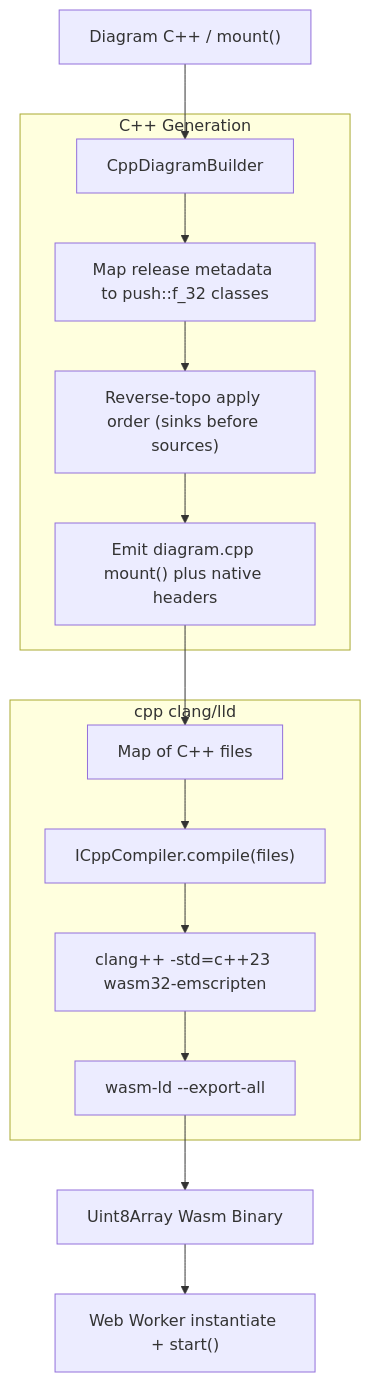
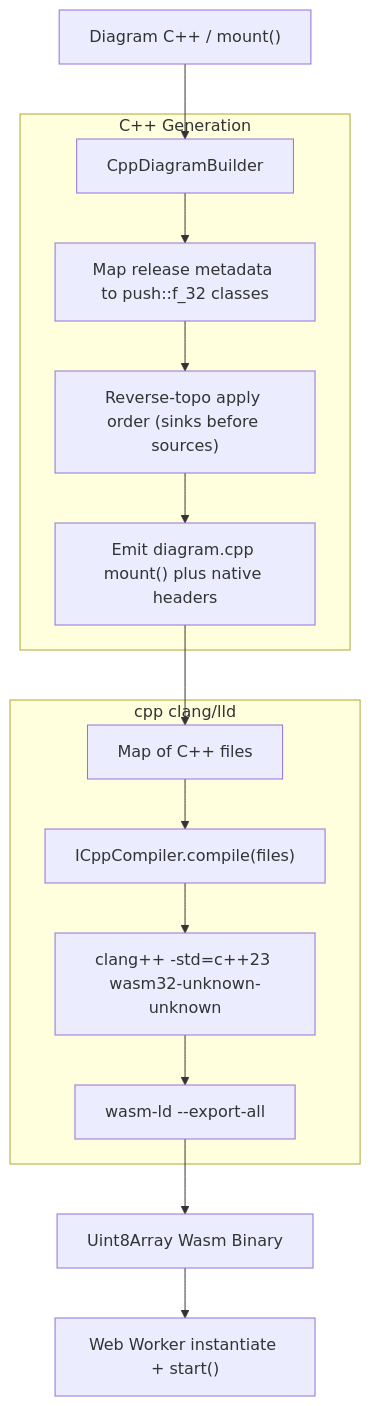
Before and after one commit to dzmauchy/bld: the second of 4 diagrams in README.md, drawn with Mermaid. The commit also changed other lines of this file and 8 other files, not shown here.

````diff
--- a/README.md
+++ b/README.md
@@ -162,21 +162,21 @@
 ```mermaid
 flowchart TD
     A["Diagram C++ / mount()"] --> B["CppDiagramBuilder"]
     
     subgraph Emit["C++ Generation"]
         B --> B1["Map release metadata to push::f_32 classes"]
         B1 --> B2["Reverse-topo apply order (sinks before sources)"]
         B2 --> B3["Emit diagram.cpp mount() plus native headers"]
     end
     
     B3 --> C["Map of C++ files"]
     
     subgraph ClangLld["cpp clang/lld"]
         C --> D["ICppCompiler.compile(files)"]
-        D --> E["clang++ -std=c++23 wasm32-emscripten"]
+        D --> E["clang++ -std=c++23 wasm32-unknown-unknown"]
         E --> F["wasm-ld --export-all"]
     end
     
     F --> G["Uint8Array Wasm Binary"]
     G --> H["Web Worker instantiate + start()"]
 ```
````
